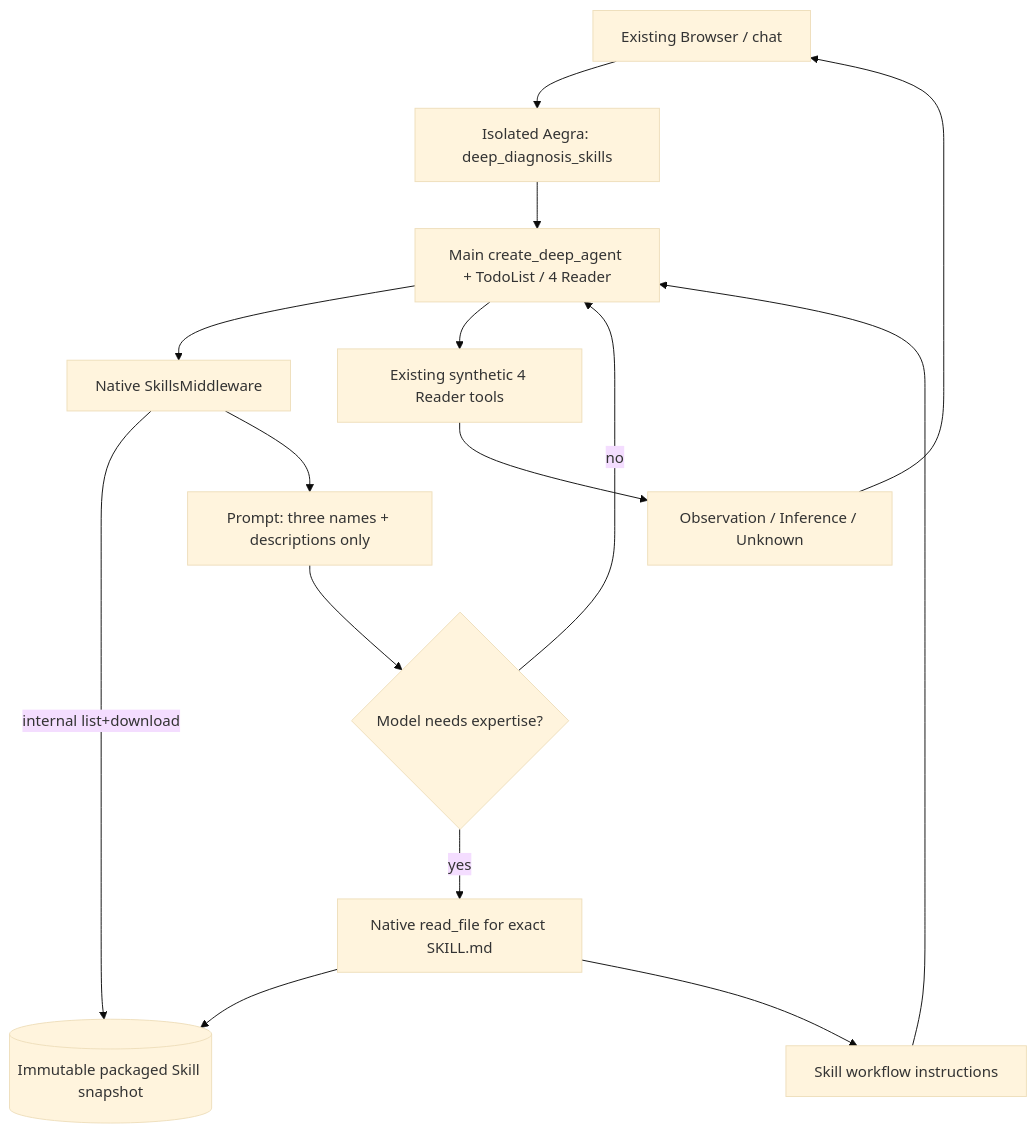
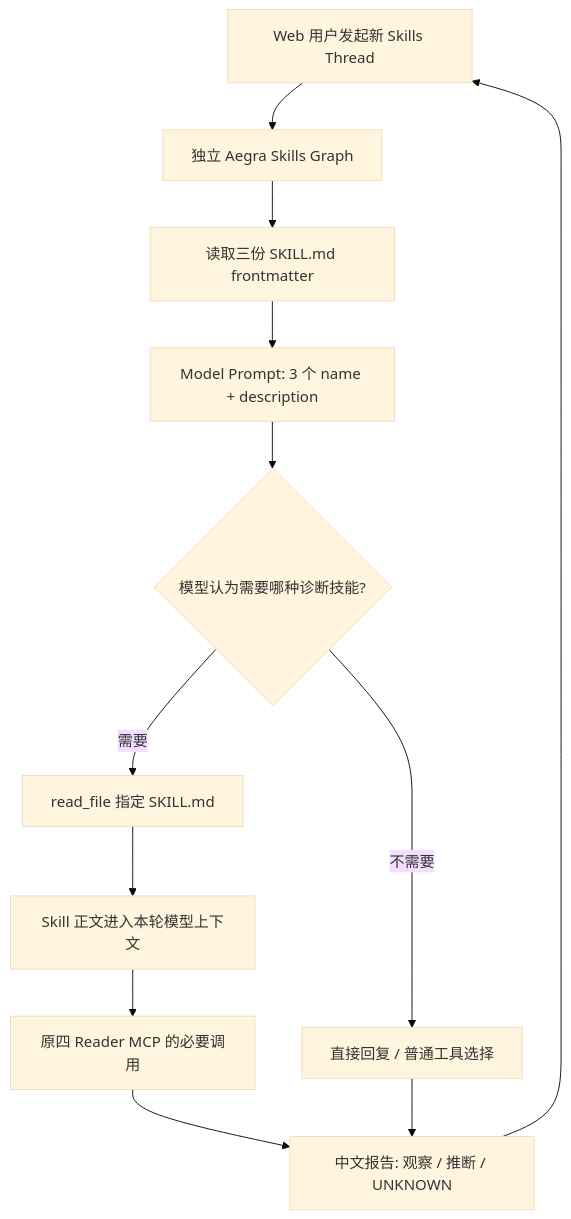
Before and after one commit to Vc-great/kube-triage-agent: the diagram in docs/plans/issue-75-kubernetes-diagnosis-skills.md, drawn with Mermaid (base theme). The commit also changed other lines of this file, not shown here.

First line of the commit message:
docs(issue #75): Skills Demo-first V2，取消旧 pin Checkpoint 恢复专项 (#82)

````diff
--- a/docs/plans/issue-75-kubernetes-diagnosis-skills.md
+++ b/docs/plans/issue-75-kubernetes-diagnosis-skills.md
@@ -85,17 +68,14 @@
-~~~mermaid
+```mermaid
 flowchart TD
- U[Existing Browser / chat] --> A[Isolated Aegra: deep_diagnosis_skills]
- A --> G[Main create_deep_agent + TodoList / 4 Reader]
- G --> SM[Native SkillsMiddleware]
- SM -->|internal list+download| RS[(Immutable packaged Skill snapshot)]
- SM --> IDX[Prompt: three names + descriptions only]
- IDX --> L{Model needs expertise?}
- L -->|no| G
- L -->|yes| READ[Native read_file for exact SKILL.md]
- READ --> RS
- READ --> GUIDE[Skill workflow instructions]
- GUIDE --> G
- G --> MCP[Existing synthetic 4 Reader tools]
- MCP --> REPORT[Observation / Inference / Unknown]
- REPORT --> U
-~~~
+  U[Web 用户发起新 Skills Thread] --> G[独立 Aegra Skills Graph]
+  G --> S[读取三份 SKILL.md frontmatter]
+  S --> M[Model Prompt: 3 个 name + description]
+  M --> D{模型认为需要哪种诊断技能?}
+  D -->|不需要| A[直接回复 / 普通工具选择]
+  D -->|需要| F[read_file 指定 SKILL.md]
+  F --> T[Skill 正文进入本轮模型上下文]
+  T --> R[原四 Reader MCP 的必要调用]
+  R --> O[中文报告: 观察 / 推断 / UNKNOWN]
+  A --> O
+  O --> U
+```
````
